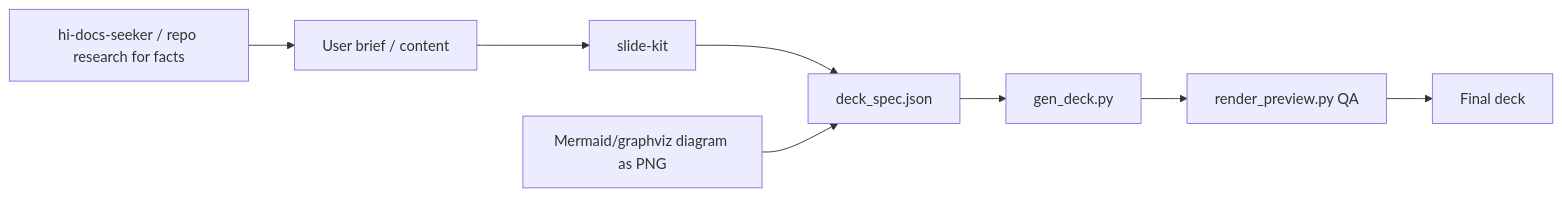
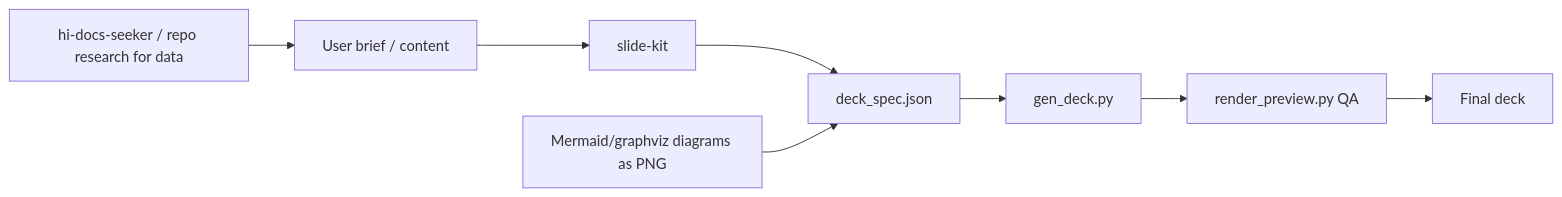
Before and after one commit to baka3k/dev-kit: the second of 2 diagrams in wiki/en/slide-kit-skill.md, drawn with Mermaid. The commit also changed other lines of this file and 8 other files, not shown here.

````diff
--- a/wiki/en/slide-kit-skill.md
+++ b/wiki/en/slide-kit-skill.md
@@ -158,10 +160,10 @@
 ```mermaid
 flowchart LR
     A[User brief / content] --> B[slide-kit]
     B --> C[deck_spec.json]
-    D[hi-docs-seeker / repo research for facts] --> A
-    E[Mermaid/graphviz diagram as PNG] --> C
+    D[hi-docs-seeker / repo research for data] --> A
+    E[Mermaid/graphviz diagrams as PNG] --> C
     C --> F[gen_deck.py]
     F --> G[render_preview.py QA]
     G --> H[Final deck]
 ```
````
